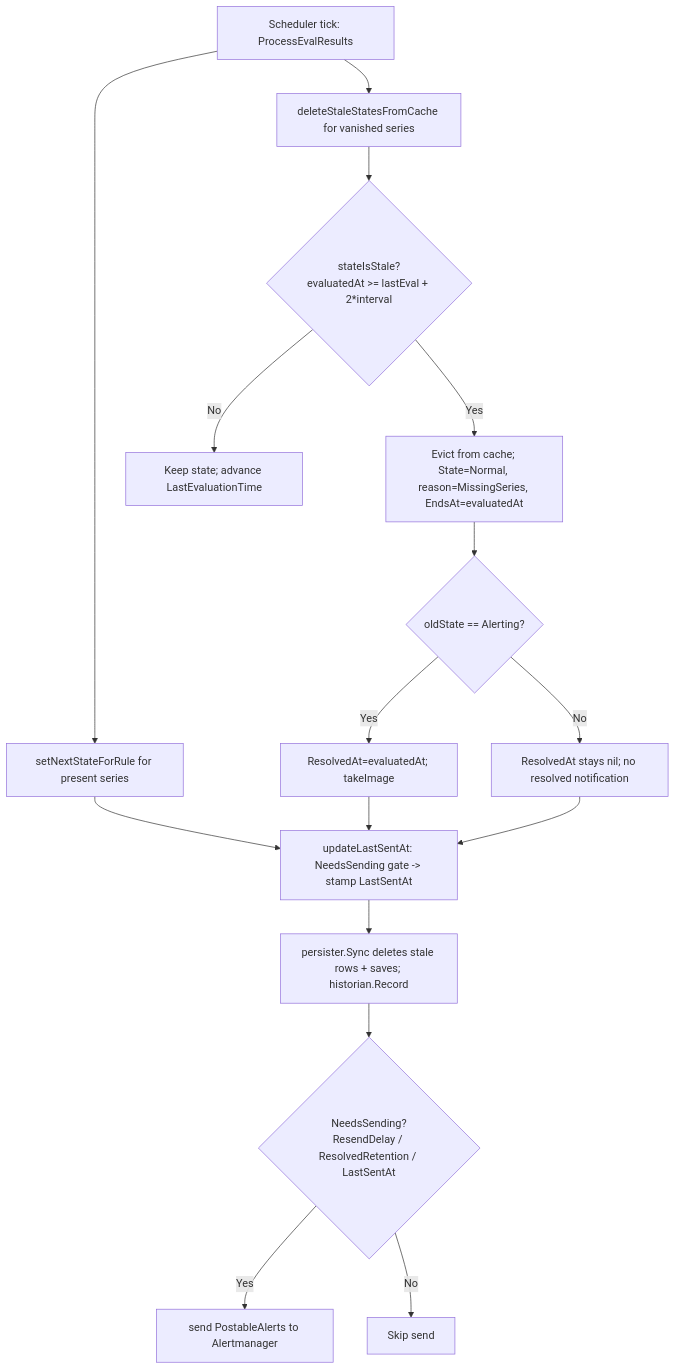
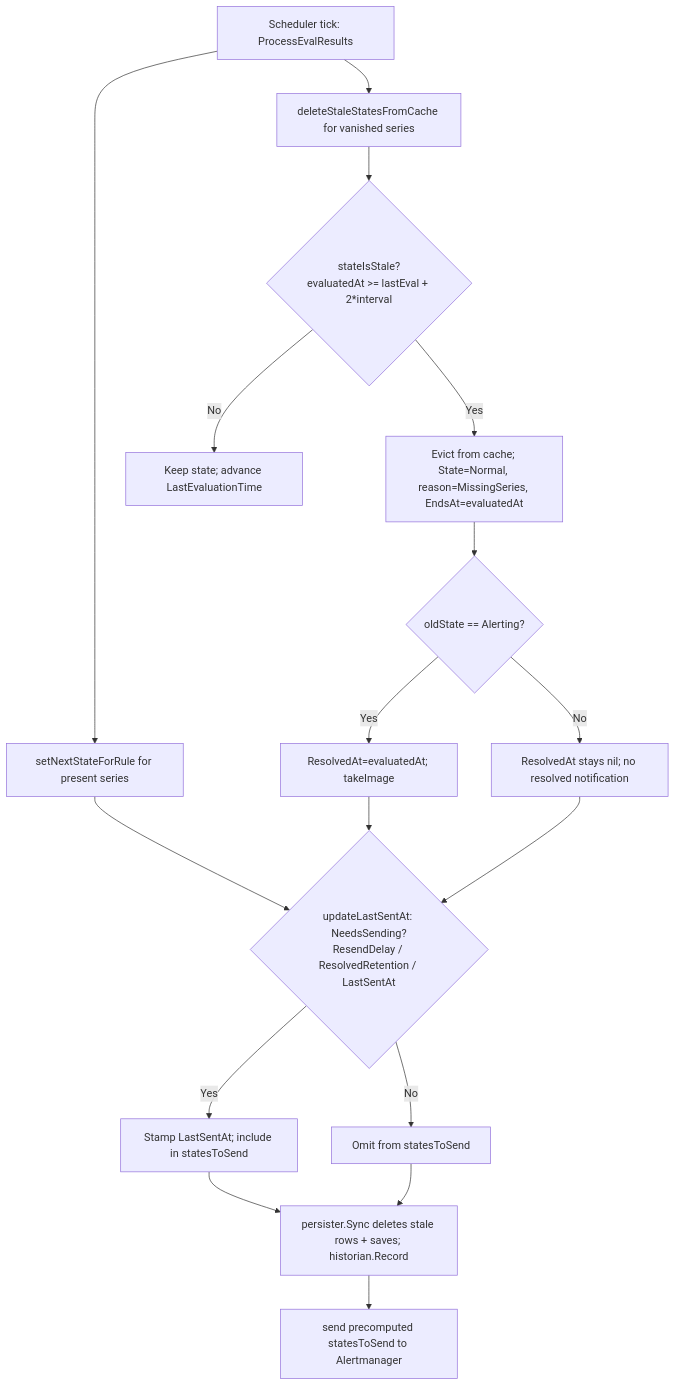
The diagram in blitzy/documentation/grafana_4550cfb5b728.md (blitzy-research/grafana), drawn with Mermaid before and after one commit. The commit also changed other lines of this file, not shown here.

Commit message:
docs(ngalert): fix Overview Mermaid eval->state->notify loop in grafana_4550cfb5b728.md
Address QA finding (MINOR, Documentation): the Overview Mermaid diagram
showed a second/post-persistence NeedsSending decision that does not exist
in the code. Per manager.go ProcessEvalResults (L334-352, L359-368),
NeedsSending is evaluated exactly once inside updateLastSentAt BEFORE
persister.Sync; after Sync the precomputed statesToSend is sent directly.

- Mermaid: single NeedsSending gate now sits at updateLastSentAt (before
  Sync); Yes stamps LastSentAt and includes in statesToSend, No omits;
  both converge at persister.Sync (which persists allChanges) then a
  direct send of statesToSend. Removed the duplicate post-Sync gate.
- Q1 snippet: add blank line so the fence matches cited source range
  manager.go:326-328 (line 327 is blank).

Verified: structural Markdown/Mermaid checks pass; code-trace matches
manager.go; go test ./pkg/services/ngalert/state/... (incl. TestNeedsSending)
PASS. No source files modified.

````diff
--- a/blitzy/documentation/grafana_4550cfb5b728.md
+++ b/blitzy/documentation/grafana_4550cfb5b728.md
@@ -23,18 +23,19 @@
 ```mermaid
 flowchart TD
     A[Scheduler tick: ProcessEvalResults] --> B[setNextStateForRule for present series]
     A --> C[deleteStaleStatesFromCache for vanished series]
     C --> D{stateIsStale?\nevaluatedAt >= lastEval + 2*interval}
     D -- No --> E[Keep state; advance LastEvaluationTime]
     D -- Yes --> F[Evict from cache; State=Normal, reason=MissingSeries, EndsAt=evaluatedAt]
     F --> G{oldState == Alerting?}
     G -- Yes --> H[ResolvedAt=evaluatedAt; takeImage]
     G -- No --> I[ResolvedAt stays nil; no resolved notification]
-    B --> J[updateLastSentAt: NeedsSending gate -> stamp LastSentAt]
+    B --> J{updateLastSentAt: NeedsSending?\nResendDelay / ResolvedRetention / LastSentAt}
     H --> J
     I --> J
-    J --> K[persister.Sync deletes stale rows + saves; historian.Record]
-    K --> L{NeedsSending?\nResendDelay / ResolvedRetention / LastSentAt}
-    L -- Yes --> M[send PostableAlerts to Alertmanager]
-    L -- No --> N[Skip send]
+    J -- Yes --> K[Stamp LastSentAt; include in statesToSend]
+    J -- No --> L[Omit from statesToSend]
+    K --> M[persister.Sync deletes stale rows + saves; historian.Record]
+    L --> M
+    M --> N[send precomputed statesToSend to Alertmanager]
 ```
````
